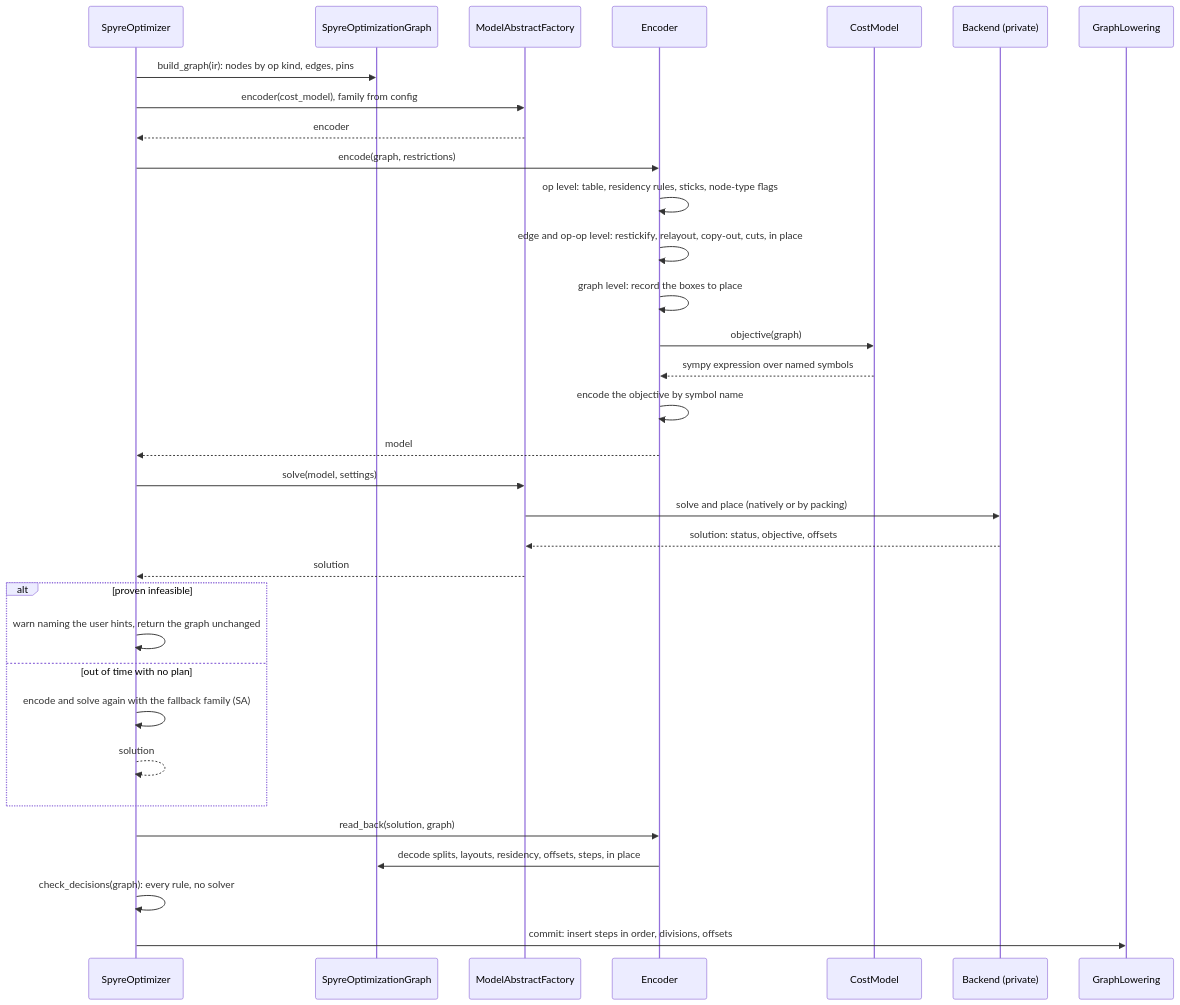
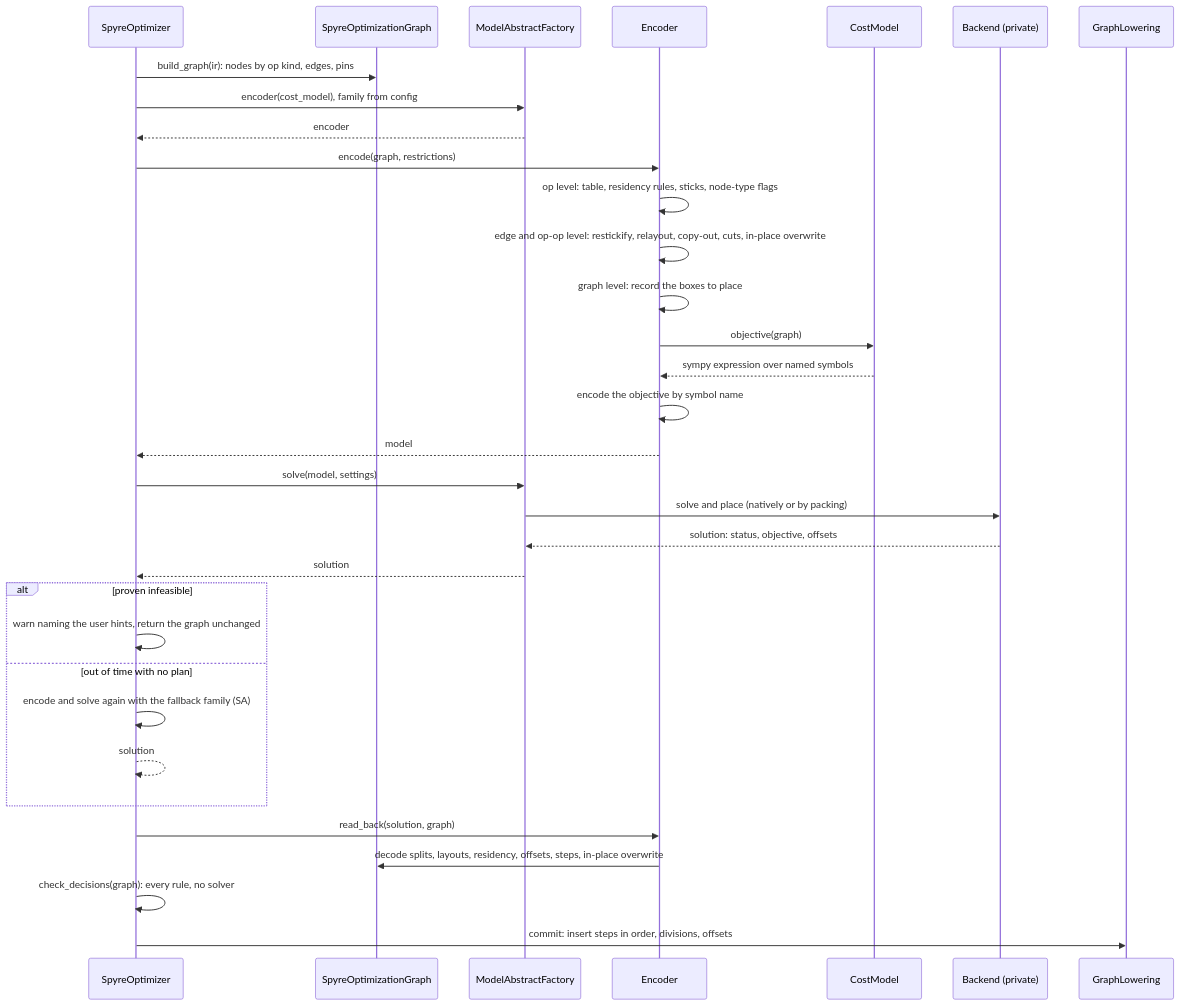
One commit to spectre-ns/spyre-roadmap changed the seventh of 7 diagrams in plans/lx-allocator.md. Above: the diagram before and after it, drawn with Mermaid. The commit also changed other lines of this file, not shown here.

First line of the commit message:
Answer the review questions on prefetch, in place and drift

````diff
--- a/plans/lx-allocator.md
+++ b/plans/lx-allocator.md
@@ -479,36 +479,36 @@
 ```mermaid
 sequenceDiagram
     participant O as SpyreOptimizer
     participant G as SpyreOptimizationGraph
     participant F as ModelAbstractFactory
     participant E as Encoder
     participant C as CostModel
     participant B as Backend (private)
     participant IR as GraphLowering
 
     O->>G: build_graph(ir): nodes by op kind, edges, pins
     O->>F: encoder(cost_model), family from config
     F-->>O: encoder
     O->>E: encode(graph, restrictions)
     E->>E: op level: table, residency rules, sticks, node-type flags
-    E->>E: edge and op-op level: restickify, relayout, copy-out, cuts, in place
+    E->>E: edge and op-op level: restickify, relayout, copy-out, cuts, in-place overwrite
     E->>E: graph level: record the boxes to place
     E->>C: objective(graph)
     C-->>E: sympy expression over named symbols
     E->>E: encode the objective by symbol name
     E-->>O: model
     O->>F: solve(model, settings)
     F->>B: solve and place (natively or by packing)
     B-->>F: solution: status, objective, offsets
     F-->>O: solution
     alt proven infeasible
         O->>O: warn naming the user hints, return the graph unchanged
     else out of time with no plan
         O->>O: encode and solve again with the fallback family (SA)
         O-->>O: solution
     end
     O->>E: read_back(solution, graph)
-    E->>G: decode splits, layouts, residency, offsets, steps, in place
+    E->>G: decode splits, layouts, residency, offsets, steps, in-place overwrite
     O->>O: check_decisions(graph): every rule, no solver
     O->>IR: commit: insert steps in order, divisions, offsets
 ```
````
